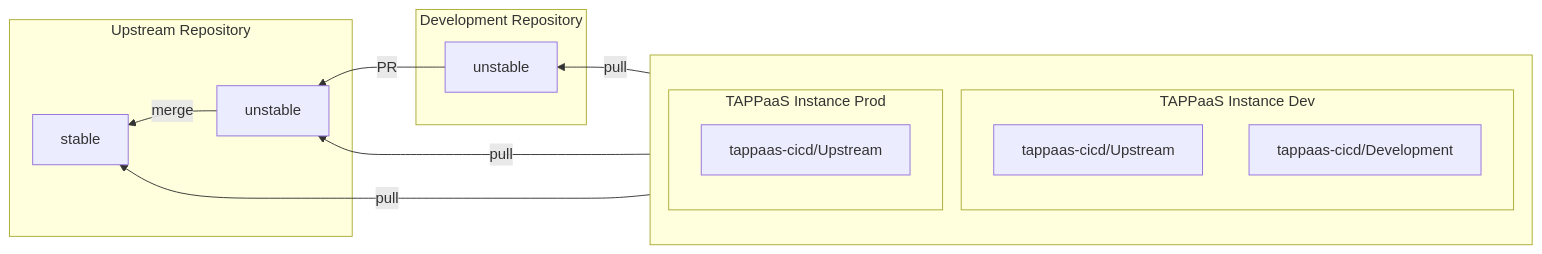
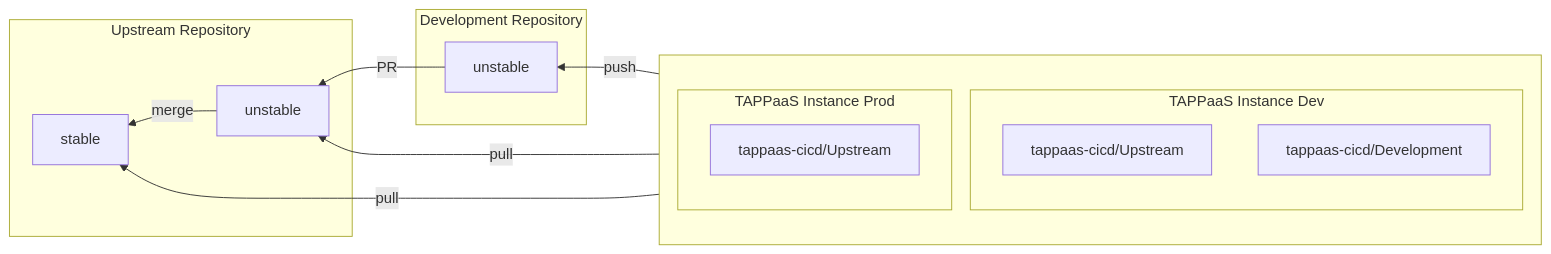
The fifth of 5 diagrams in docs/architecture/cicd-design/git-structure.md (TAPPaaS/Documentation), drawn with Mermaid before and after one commit.

Commit message:
it reall yis a push

````diff
--- a/docs/architecture/cicd-design/git-structure.md
+++ b/docs/architecture/cicd-design/git-structure.md
@@ -151,27 +151,27 @@
 ```mermaid
 flowchart RL
     subgraph Development[Development Repository]
         dev_unstable[unstable]
     end
     subgraph Upstream[Upstream Repository]
         up_stable[stable]
         up_unstable[unstable]
         up_unstable --> |merge| up_stable
     end
 
     subgraph Instances[" "]
         direction TB
         subgraph InstanceDev[TAPPaaS Instance Dev]
             localDev[tappaas-cicd/Upstream]
             localDev_dev[tappaas-cicd/Development]
         end
         subgraph InstanceProd[TAPPaaS Instance Prod]
             localProd[tappaas-cicd/Upstream]
         end
     end
 
     localProd -->|pull| up_stable
     localDev -->|pull| up_unstable
-    localDev_dev -->|pull| dev_unstable
+    localDev_dev -->|push| dev_unstable
     dev_unstable --> |PR| up_unstable
 ```
````
